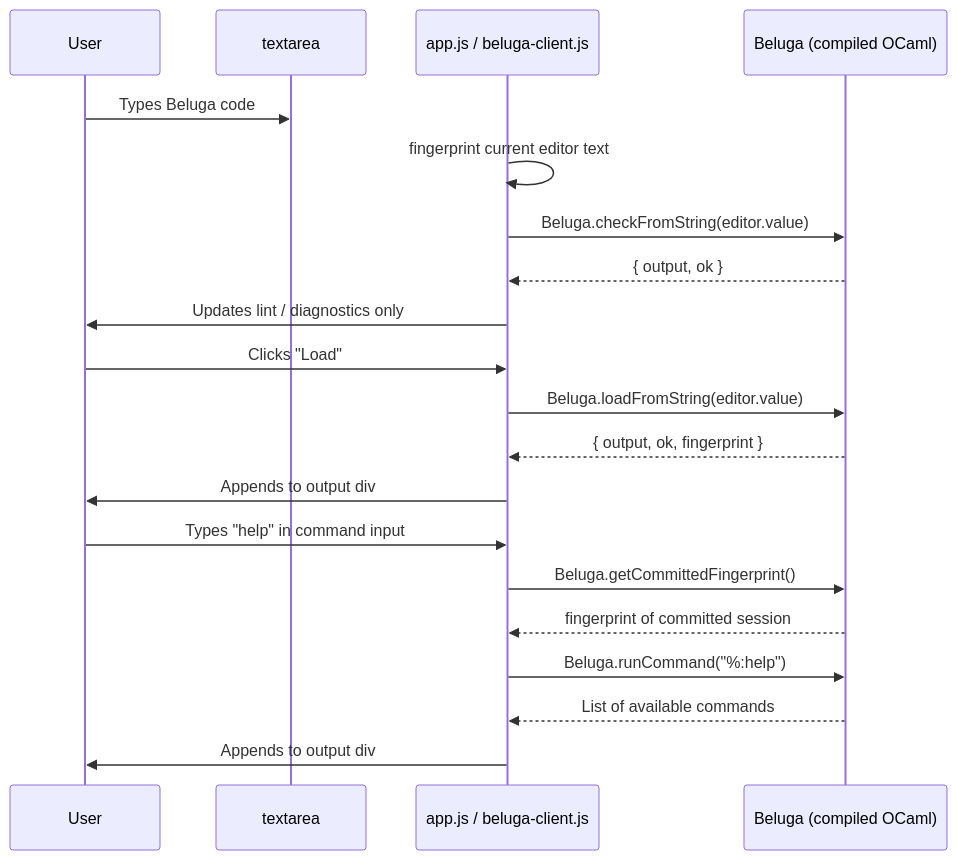
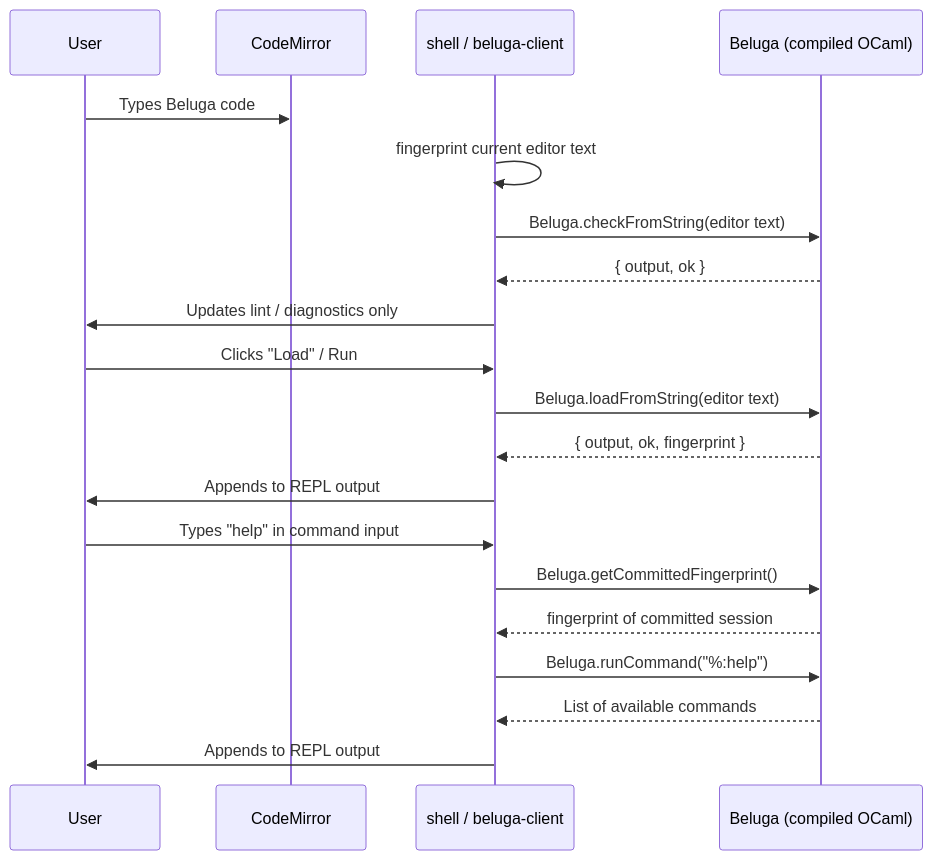
The second of 2 diagrams in _rebuild/RECIPE.md (dpbarry/bel-jar), drawn with Mermaid before and after one commit. The commit also changed other lines of this file and 622 other files, not shown here.

````diff
--- a/_rebuild/RECIPE.md
+++ b/_rebuild/RECIPE.md
@@ -413,25 +417,25 @@
 ```mermaid
 sequenceDiagram
     participant User
-    participant Editor as textarea#editor
-    participant JS as app.js / beluga-client.js
+    participant Editor as CodeMirror
+    participant JS as shell / beluga-client
     participant Bel as Beluga (compiled OCaml)
 
     User->>Editor: Types Beluga code
     JS->>JS: fingerprint current editor text
-    JS->>Bel: Beluga.checkFromString(editor.value)
+    JS->>Bel: Beluga.checkFromString(editor text)
     Bel-->>JS: { output, ok }
     JS->>User: Updates lint / diagnostics only
 
-    User->>JS: Clicks "Load"
-    JS->>Bel: Beluga.loadFromString(editor.value)
+    User->>JS: Clicks "Load" / Run
+    JS->>Bel: Beluga.loadFromString(editor text)
     Bel-->>JS: { output, ok, fingerprint }
-    JS->>User: Appends to output div
+    JS->>User: Appends to REPL output
 
     User->>JS: Types "help" in command input
     JS->>Bel: Beluga.getCommittedFingerprint()
     Bel-->>JS: fingerprint of committed session
     JS->>Bel: Beluga.runCommand("%:help")
     Bel-->>JS: List of available commands
-    JS->>User: Appends to output div
+    JS->>User: Appends to REPL output
 ```
````
